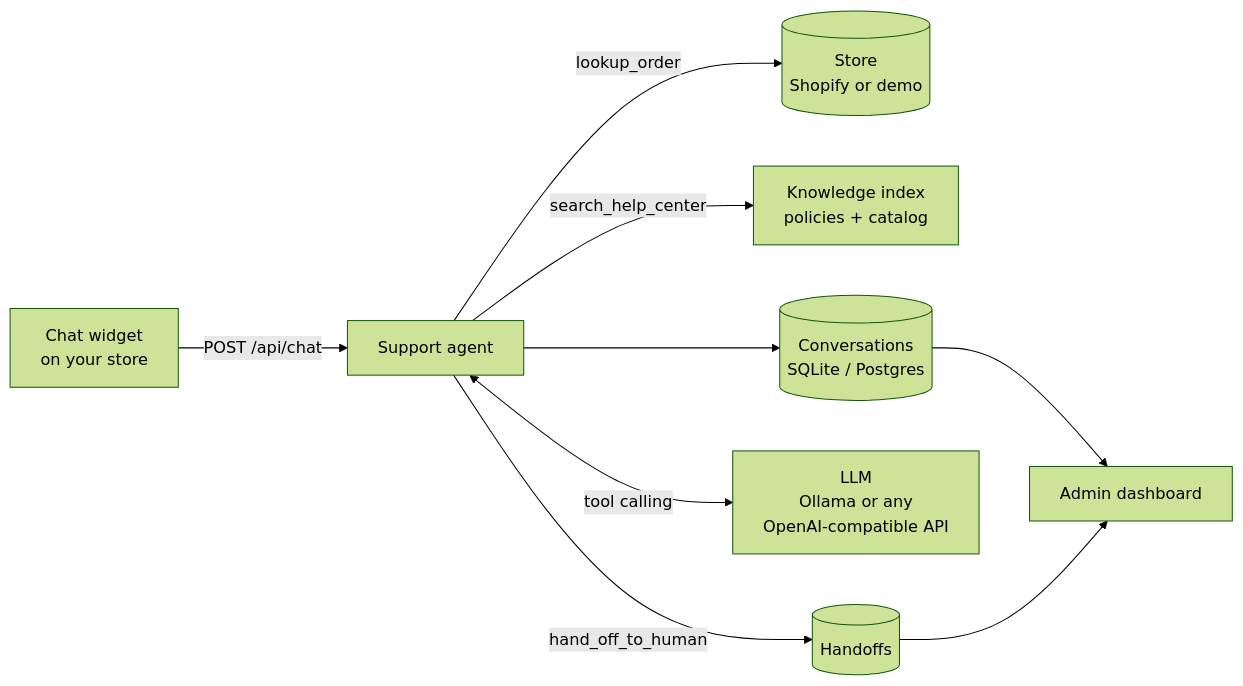
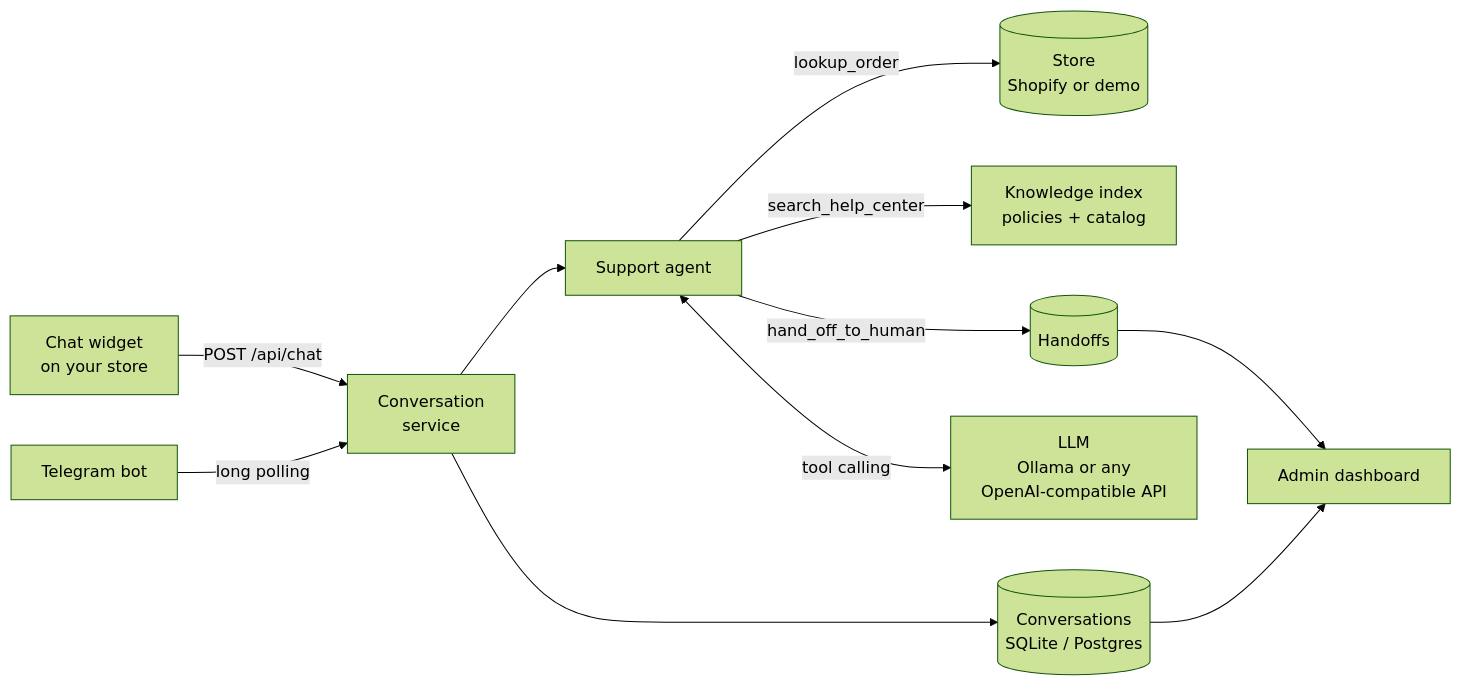
The diagram in README.md (Sanoy24/ai-support-agent), drawn with Mermaid (forest theme) before and after one commit. The commit also changed other lines of this file and 2 other files, not shown here.

Commit message:
docs: document the Telegram channel and update the architecture

````diff
--- a/README.md
+++ b/README.md
@@ -62,11 +63,13 @@
 ```mermaid
 flowchart LR
-    W[Chat widget<br/>on your store] -->|POST /api/chat| A[Support agent]
+    W[Chat widget<br/>on your store] -->|POST /api/chat| SV[Conversation<br/>service]
+    T[Telegram bot] -->|long polling| SV
+    SV --> A[Support agent]
     A -->|lookup_order| S[(Store<br/>Shopify or demo)]
     A -->|search_help_center| K[Knowledge index<br/>policies + catalog]
     A -->|hand_off_to_human| H[(Handoffs)]
     A <-->|tool calling| L[LLM<br/>Ollama or any<br/>OpenAI-compatible API]
-    A --> D[(Conversations<br/>SQLite / Postgres)]
+    SV --> D[(Conversations<br/>SQLite / Postgres)]
     D --> P[Admin dashboard]
     H --> P
 ```
````
